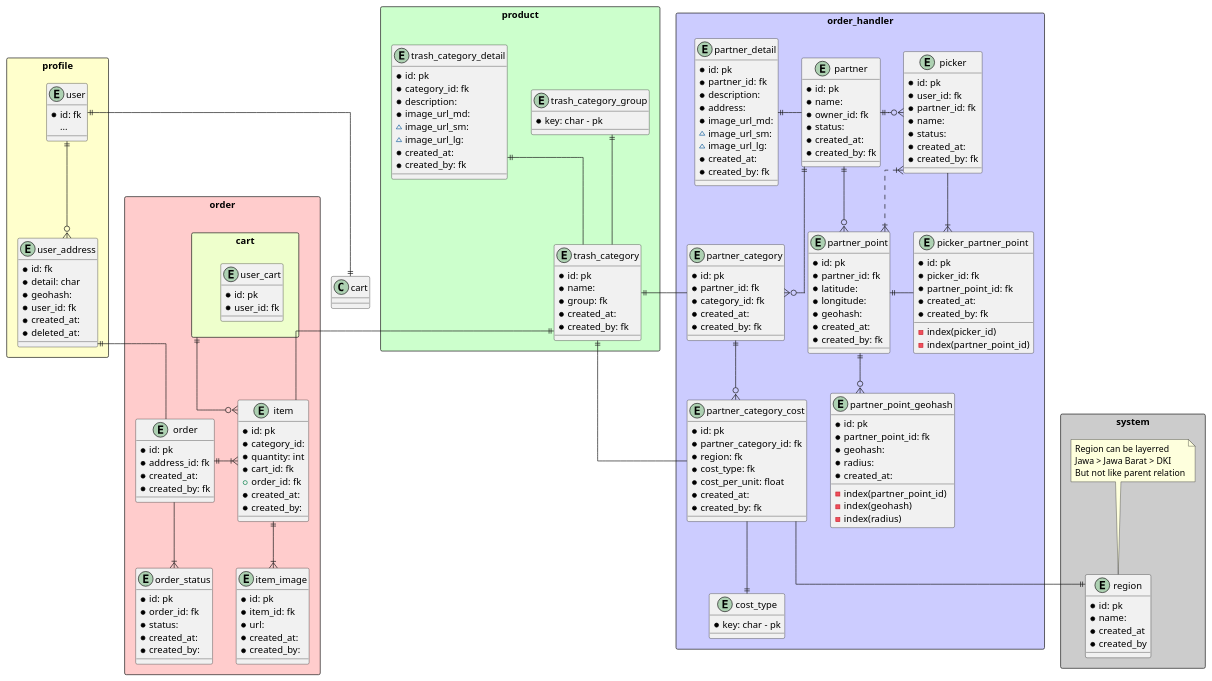
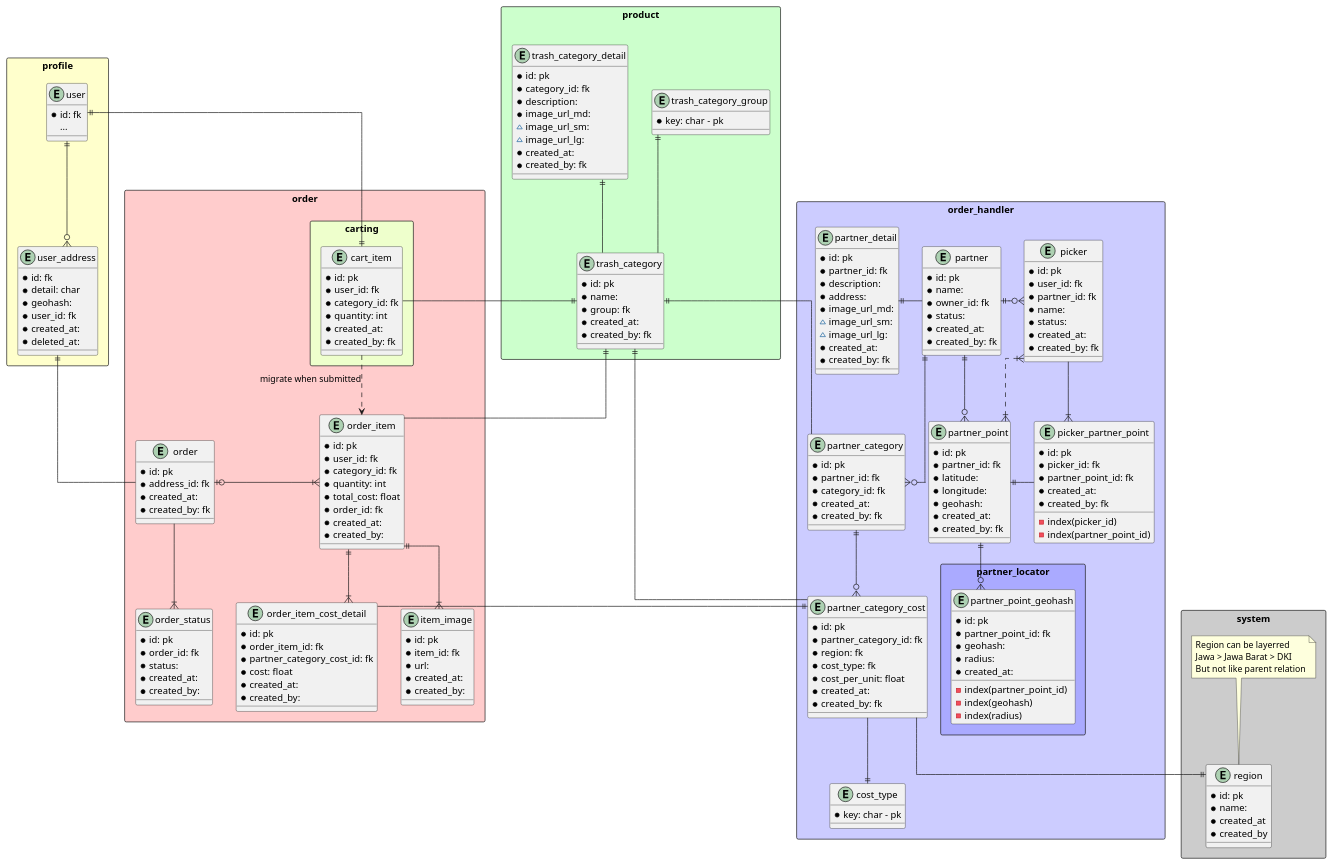
Before and after one commit to erdosam/go-clear-architecture: the diagram in files/uml/erd.puml, drawn with PlantUML.

Commit message:
Restructure cart, order, and its items

```diff
--- a/files/uml/erd.puml
+++ b/files/uml/erd.puml
@@ -80,21 +80,21 @@
     *created_at:
     *created_by: fk
     }
+    entity "picker" as pick {
+    *id: pk
+    *user_id: fk
+    *partner_id: fk
+    *name:
+    *status:
+    *created_at:
+    *created_by: fk
+    }
     entity "partner_point" as ptn_pt {
     *id: pk
     *partner_id: fk
     *latitude:
     *longitude:
     *geohash:
-    *created_at:
-    *created_by: fk
-    }
-    entity "picker" as pick {
-    *id: pk
-    *user_id: fk
-    *partner_id: fk
-    *name:
-    *status:
     *created_at:
     *created_by: fk
     }
@@ -107,15 +107,17 @@
     -index(picker_id)
     -index(partner_point_id)
     }
-    entity "partner_point_geohash" as ptn_pt_geo {
-    *id: pk
-    *partner_point_id: fk
-    *geohash:
-    *radius:
-    *created_at:
-    -index(partner_point_id)
-    -index(geohash)
-    -index(radius)
+    rectangle "partner_locator"#aaf {
+        entity "partner_point_geohash" as ptn_pt_geo {
+        *id: pk
+        *partner_point_id: fk
+        *geohash:
+        *radius:
+        *created_at:
+        -index(partner_point_id)
+        -index(geohash)
+        -index(radius)
+        }
     }
     entity "cost_type" as cost_type {
     *key: char - pk
@@ -149,18 +151,19 @@
 }
 
 rectangle order#fcc {
-    rectangle cart#efc {
-        entity "user_cart" as cart {
+    rectangle carting#efc {
+'        entity "user_item" as usr_cart {
+'        *id: pk
+'        *user_id: fk
+'        }
+        entity "cart_item" as cart_itm {
         *id: pk
         *user_id: fk
+        *category_id: fk
+        *quantity: int
+        *created_at:
+        *created_by: fk
         }
-'        entity "cart_item" as itm {
-'        *id: pk
-'        *category_id:
-'        *quantity: int
-'        *created_at:
-'        *created_by: fk
-'        }
     }
     entity "order" as ord {
     *id: pk
@@ -181,12 +184,13 @@
 '    *created_at:
 '    *created_by:
 '    }
-    entity "item" as item {
+    entity "order_item" as item {
     *id: pk
-    *category_id:
+    *user_id: fk
+    *category_id: fk
     *quantity: int
-    *cart_id: fk
-    +order_id: fk
+    *total_cost: float
+    *order_id: fk
     *created_at:
     *created_by:
     }
@@ -197,17 +201,29 @@
     *created_at:
     *created_by:
     }
+    entity "order_item_cost_detail" as item_detail {
+    *id: pk
+    *order_item_id: fk
+    *partner_category_cost_id: fk
+    *cost: float
+    *created_at:
+    *created_by:
+    }
+
     ord --|{ osts
-    ord ||-|{ item
-    cart ||--o{ item
     item ||--|{ item_img
+    cart_itm ..> item: migrate when submitted
+    ord |o-|{ item
+    item ||--|{ item_detail
 }
 
-usr ||--|| cart
+usr ||--|| cart_itm
 addr ||-- ord
 cat ||-- ptn_cat_cost
 cat ||-- item
-cat ||- ptn_cat
+cart_itm --|| cat
+cat ||-- ptn_cat
 ptn_cat_cost --|| reg
+ptn_cat_cost ||- item_detail
 
 @enduml
```
